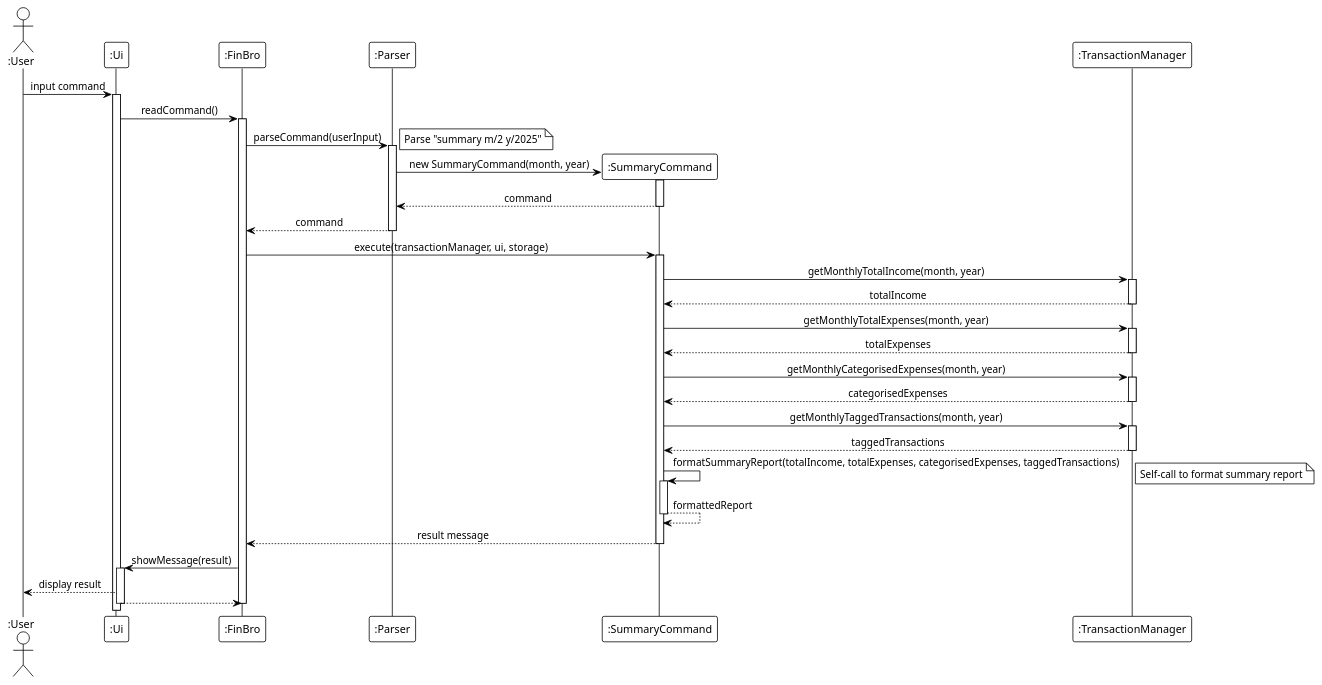
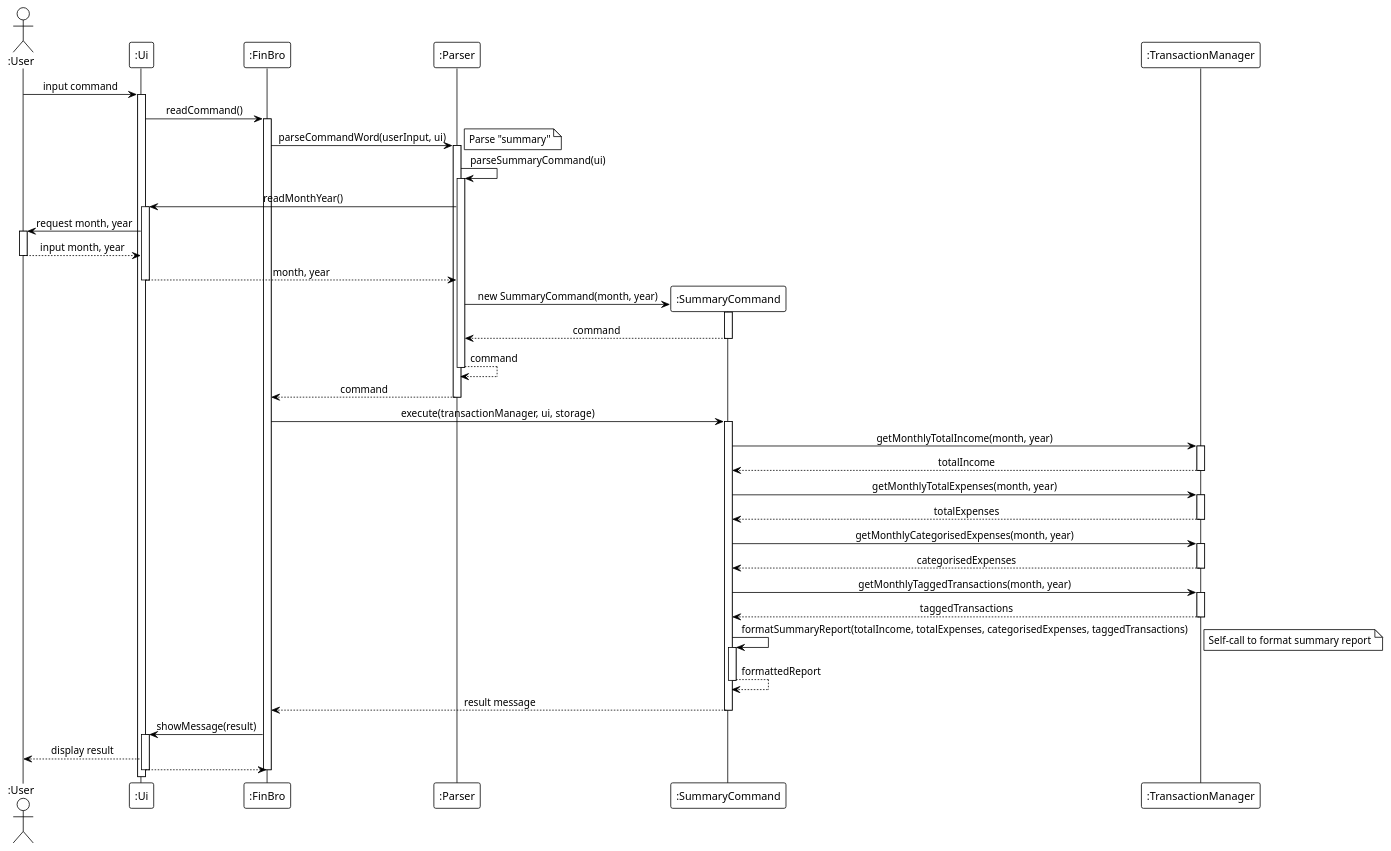
The diagram in docs/diagrams/puml/sequence/sequence-summary.puml (laitcanard05/tp), drawn with PlantUML before and after one commit. The commit also changed 13 other files, not shown here.

Commit message:
Update sequence diagrams to reflect friendly CLI

```diff
--- a/docs/diagrams/puml/sequence/sequence-summary.puml
+++ b/docs/diagrams/puml/sequence/sequence-summary.puml
@@ -1,71 +1,85 @@
 @startuml
 !theme plain
 skinparam sequenceMessageAlign center
 skinparam responseMessageBelowArrow true
 skinparam lifelineStrategy nosolid
 
 actor ":User" as User
 participant ":Ui" as UI
 participant ":FinBro" as FinBro
 participant ":Parser" as Parser
 participant ":SummaryCommand" as SummaryCommand
 participant ":TransactionManager" as TransactionMgr
 
 User -> UI : input command
 activate UI
 
 UI -> FinBro : readCommand()
 activate FinBro
 
-FinBro -> Parser : parseCommand(userInput)
+FinBro -> Parser : parseCommandWord(userInput, ui)
 activate Parser
-note right: Parse "summary m/2 y/2025"
+note right: Parse "summary"
+
+Parser -> Parser : parseSummaryCommand(ui)
+activate Parser
+
+Parser -> UI : readMonthYear()
+activate UI
+UI -> User : request month, year
+activate User
+User --> UI : input month, year
+deactivate User
+UI --> Parser : month, year
+deactivate UI
 
 create SummaryCommand
 Parser -> SummaryCommand : new SummaryCommand(month, year)
 activate SummaryCommand
 SummaryCommand --> Parser : command
 deactivate SummaryCommand
+Parser --> Parser : command
+deactivate Parser
 Parser --> FinBro : command
 deactivate Parser
 
 FinBro -> SummaryCommand : execute(transactionManager, ui, storage)
 activate SummaryCommand
 
 SummaryCommand -> TransactionMgr : getMonthlyTotalIncome(month, year)
 activate TransactionMgr
 TransactionMgr --> SummaryCommand : totalIncome
 deactivate TransactionMgr
 
 SummaryCommand -> TransactionMgr : getMonthlyTotalExpenses(month, year)
 activate TransactionMgr
 TransactionMgr --> SummaryCommand : totalExpenses
 deactivate TransactionMgr
 
 SummaryCommand -> TransactionMgr : getMonthlyCategorisedExpenses(month, year)
 activate TransactionMgr
 TransactionMgr --> SummaryCommand : categorisedExpenses
 deactivate TransactionMgr
 
 SummaryCommand -> TransactionMgr : getMonthlyTaggedTransactions(month, year)
 activate TransactionMgr
 TransactionMgr --> SummaryCommand : taggedTransactions
 deactivate TransactionMgr
 
 SummaryCommand -> SummaryCommand : formatSummaryReport(totalIncome, totalExpenses, categorisedExpenses, taggedTransactions)
 activate SummaryCommand
 note right: Self-call to format summary report
 SummaryCommand --> SummaryCommand : formattedReport
 deactivate SummaryCommand
 
 SummaryCommand --> FinBro : result message
 deactivate SummaryCommand
 
 FinBro -> UI : showMessage(result)
 activate UI
 UI --> User : display result
 UI --> FinBro
 deactivate UI
 deactivate FinBro
 
 @enduml
```
